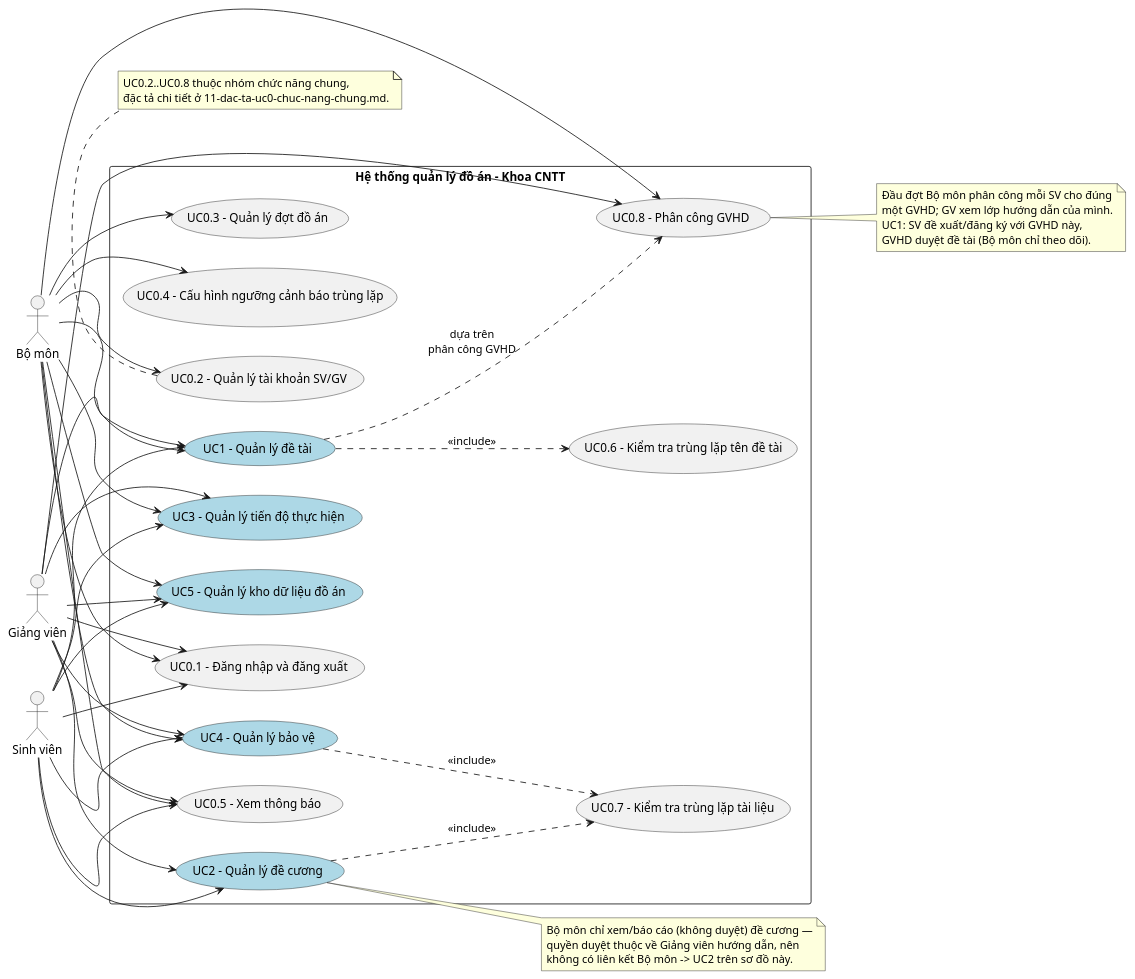
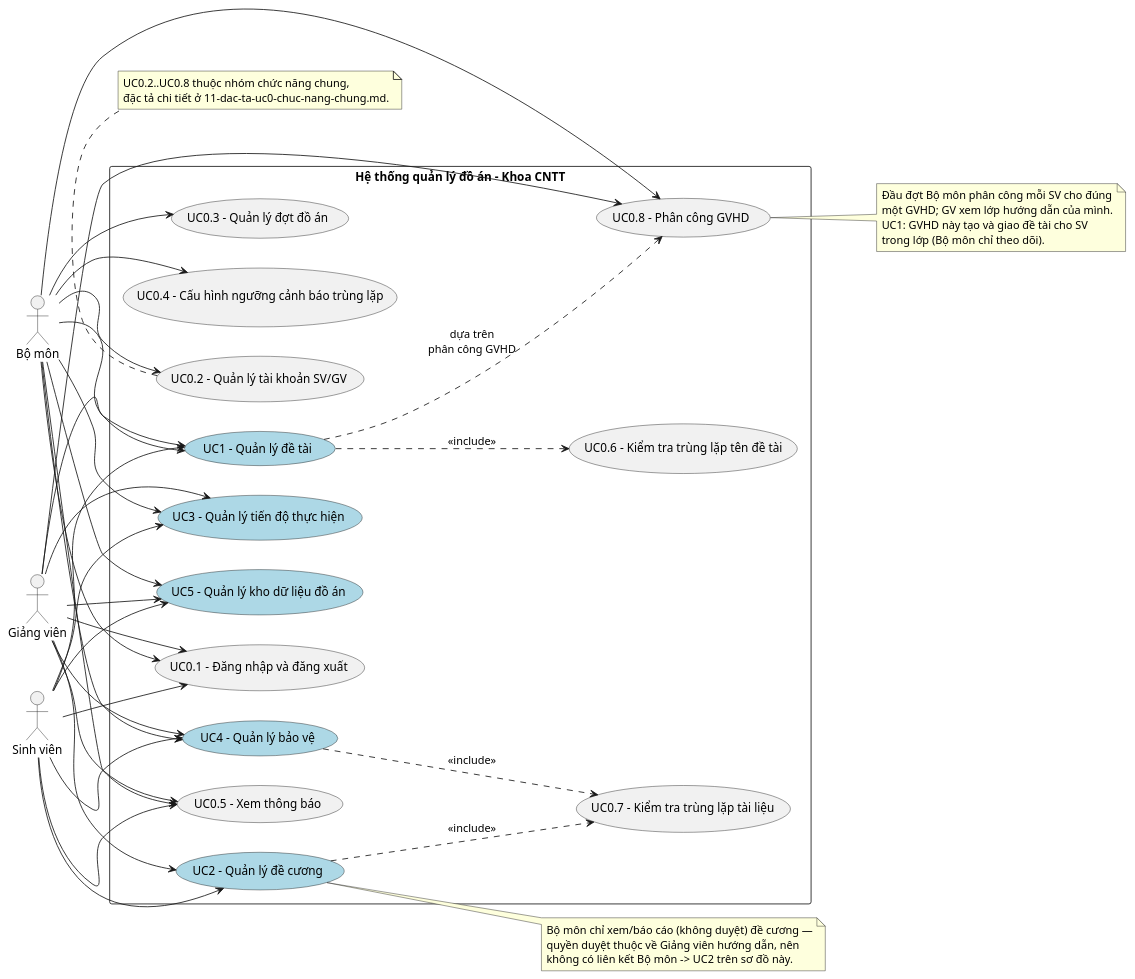
Before and after one commit to dtc235200036-alt/ICTU-DATN-NguyenThiMaiAnh: the diagram in docs/chuong-2-khao-sat-phan-tich/uc/uc-tong-quat.puml, drawn with PlantUML. The commit also changed 59 other files, not shown here.

First line of the commit message:
docs(quick-261014-u0j): chương 2-3, sơ đồ, mockup, truy vết theo luồng GVHD tạo và giao đề tài

```diff
--- a/docs/chuong-2-khao-sat-phan-tich/uc/uc-tong-quat.puml
+++ b/docs/chuong-2-khao-sat-phan-tich/uc/uc-tong-quat.puml
@@ -1,81 +1,81 @@
 @startuml uc-tong-quat
 left to right direction
 skinparam packageStyle rectangle
 
 actor "Sinh viên" as SV
 actor "Giảng viên" as GV
 actor "Bộ môn" as BM
 
 rectangle "Hệ thống quản lý đồ án – Khoa CNTT" {
   usecase "UC1 – Quản lý đề tài" as UC1 #lightblue
   usecase "UC2 – Quản lý đề cương" as UC2 #lightblue
   usecase "UC3 – Quản lý tiến độ thực hiện" as UC3 #lightblue
   usecase "UC4 – Quản lý bảo vệ" as UC4 #lightblue
   usecase "UC5 – Quản lý kho dữ liệu đồ án" as UC5 #lightblue
 
   usecase "UC0.1 – Đăng nhập và đăng xuất" as UC0_1
   usecase "UC0.2 – Quản lý tài khoản SV/GV" as UC0_2
   usecase "UC0.3 – Quản lý đợt đồ án" as UC0_3
   usecase "UC0.4 – Cấu hình ngưỡng cảnh báo trùng lặp" as UC0_4
   usecase "UC0.5 – Xem thông báo" as UC0_5
   usecase "UC0.6 – Kiểm tra trùng lặp tên đề tài" as UC0_6
   usecase "UC0.7 – Kiểm tra trùng lặp tài liệu" as UC0_7
   usecase "UC0.8 – Phân công GVHD" as UC0_8
 }
 
 SV --> UC1
 GV --> UC1
 BM --> UC1
 
 SV --> UC2
 GV --> UC2
 
 BM --> UC3
 SV --> UC3
 GV --> UC3
 
 BM --> UC4
 GV --> UC4
 SV --> UC4
 
 SV --> UC5
 GV --> UC5
 BM --> UC5
 
 SV --> UC0_1
 GV --> UC0_1
 BM --> UC0_1
 
 BM --> UC0_2
 BM --> UC0_3
 BM --> UC0_4
 BM --> UC0_8
 GV --> UC0_8
 
 SV --> UC0_5
 GV --> UC0_5
 BM --> UC0_5
 
 UC1 ..> UC0_6 : <<include>>
 UC2 ..> UC0_7 : <<include>>
 UC4 ..> UC0_7 : <<include>>
 UC1 ..> UC0_8 : dựa trên\nphân công GVHD
 
 note bottom of UC0_2
   UC0.2..UC0.8 thuộc nhóm chức năng chung,
   đặc tả chi tiết ở 11-dac-ta-uc0-chuc-nang-chung.md.
 end note
 
 note right of UC0_8
   Đầu đợt Bộ môn phân công mỗi SV cho đúng
   một GVHD; GV xem lớp hướng dẫn của mình.
-  UC1: SV đề xuất/đăng ký với GVHD này,
-  GVHD duyệt đề tài (Bộ môn chỉ theo dõi).
+  UC1: GVHD này tạo và giao đề tài cho SV
+  trong lớp (Bộ môn chỉ theo dõi).
 end note
 
 note right of UC2
   Bộ môn chỉ xem/báo cáo (không duyệt) đề cương —
   quyền duyệt thuộc về Giảng viên hướng dẫn, nên
   không có liên kết Bộ môn -> UC2 trên sơ đồ này.
 end note
 @enduml
```
